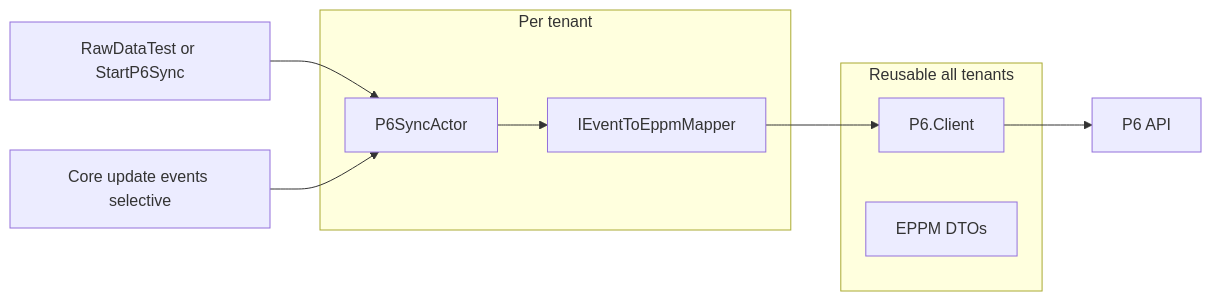
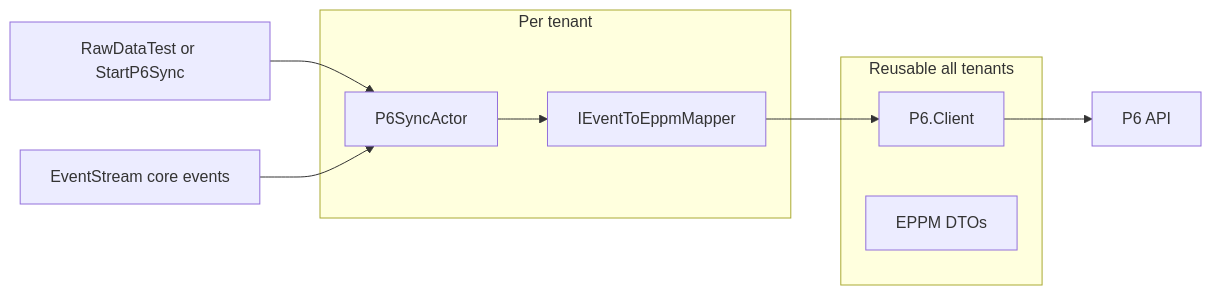
The fourth of 4 diagrams in docs/floor2plan-akka-actor-integration-design.md (robbertF2P/Sandbox), drawn with Mermaid before and after one commit. The commit also changed other lines of this file, not shown here.

Commit message:
Clarify EventStream for domain events, Tell for commands only

````diff
--- a/docs/floor2plan-akka-actor-integration-design.md
+++ b/docs/floor2plan-akka-actor-integration-design.md
@@ -231,16 +244,16 @@
 ```mermaid
 flowchart LR
   subgraph shared["Reusable all tenants"]
     CLIENT["P6.Client"]
     DTO["EPPM DTOs"]
   end
 
   subgraph tenant["Per tenant"]
     MAP["IEventToEppmMapper"]
     ACTOR["P6SyncActor"]
   end
 
   START["RawDataTest or StartP6Sync"] --> ACTOR
-  EVENTS["Core update events selective"] --> ACTOR
+  BUS["EventStream core events"] --> ACTOR
   ACTOR --> MAP --> CLIENT --> P6API["P6 API"]
 ```
````
